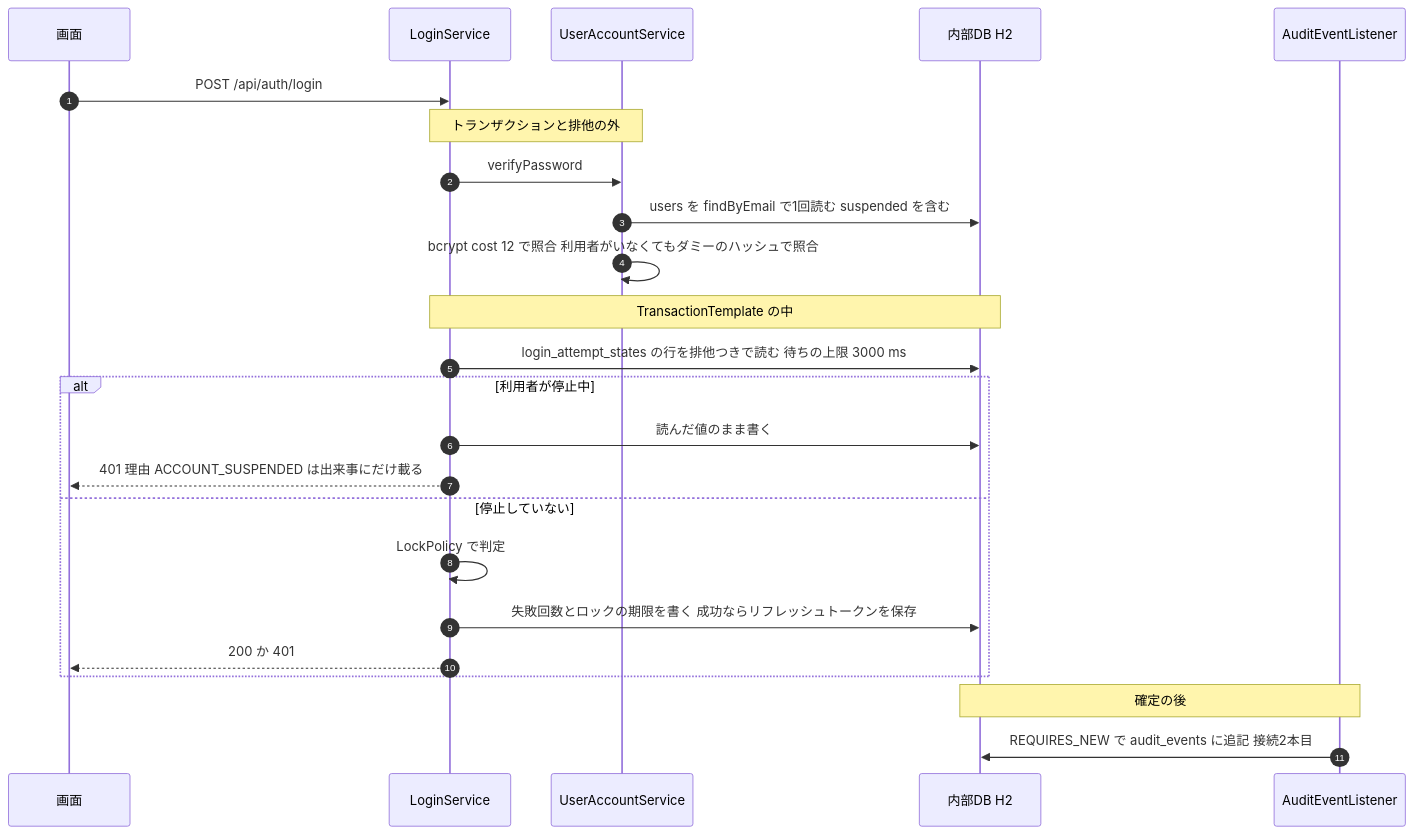
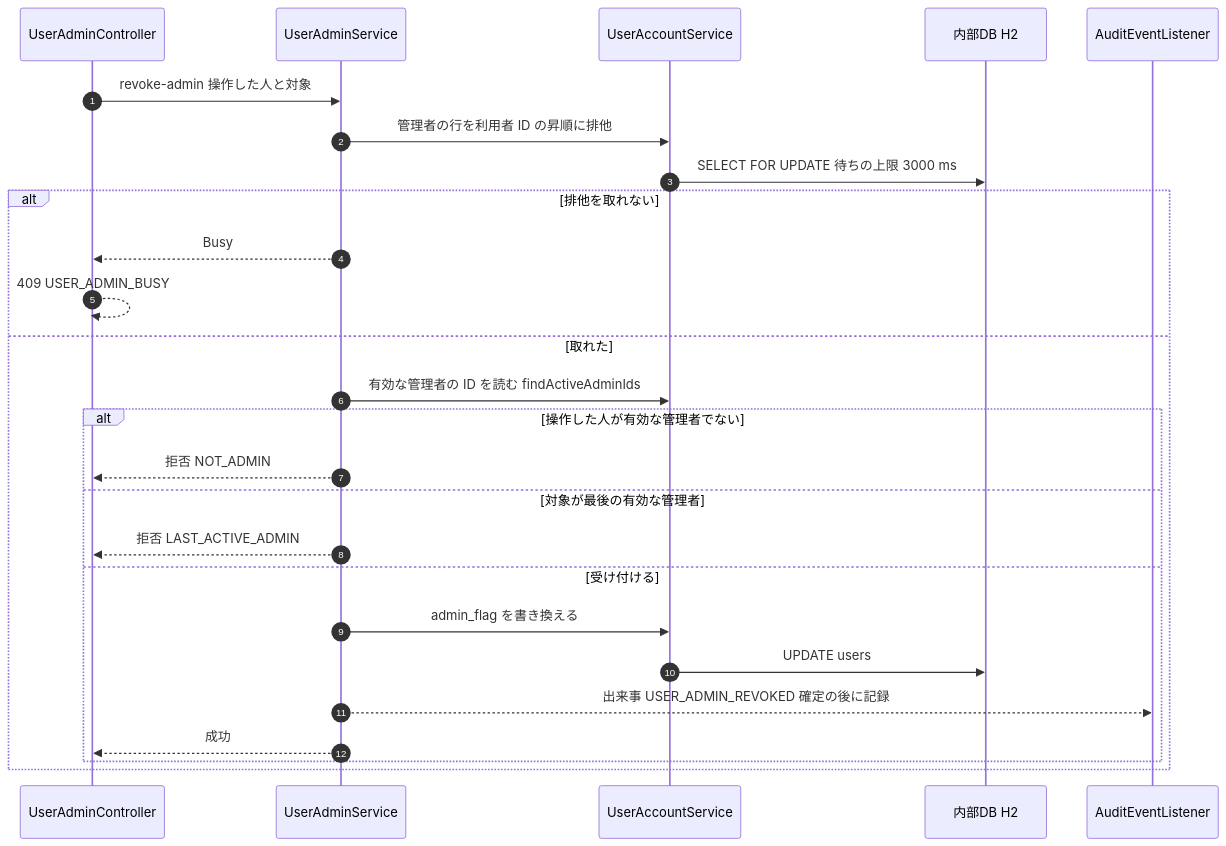
One commit to agwlvssainokuni/mastersmith2 changed the third of 5 diagrams in aidlc/spaces/default/codekb/mastersmith2/architecture.md. Above: the diagram before and after it, drawn with Mermaid. The commit also changed other lines of this file and 16 other files, not shown here.

````diff
--- a/aidlc/spaces/default/codekb/mastersmith2/architecture.md
+++ b/aidlc/spaces/default/codekb/mastersmith2/architecture.md
@@ -165,27 +184,29 @@
 ```mermaid
 sequenceDiagram
   autonumber
-  participant P as 画面
-  participant LS as LoginService
+  participant CTL as UserAdminController
+  participant SVC as UserAdminService
   participant UAS as UserAccountService
   participant DB as 内部DB H2
   participant AL as AuditEventListener
 
-  P->>LS: POST /api/auth/login
-  Note over LS,UAS: トランザクションと排他の外
-  LS->>UAS: verifyPassword
-  UAS->>DB: users を findByEmail で1回読む suspended を含む
-  UAS->>UAS: bcrypt cost 12 で照合 利用者がいなくてもダミーのハッシュで照合
-  Note over LS,DB: TransactionTemplate の中
-  LS->>DB: login_attempt_states の行を排他つきで読む 待ちの上限 3000 ms
-  alt 利用者が停止中
-    LS->>DB: 読んだ値のまま書く
-    LS-->>P: 401 理由 ACCOUNT_SUSPENDED は出来事にだけ載る
-  else 停止していない
-    LS->>LS: LockPolicy で判定
-    LS->>DB: 失敗回数とロックの期限を書く 成功ならリフレッシュトークンを保存
-    LS-->>P: 200 か 401
+  CTL->>SVC: revoke-admin 操作した人と対象
+  SVC->>UAS: 管理者の行を利用者 ID の昇順に排他
+  UAS->>DB: SELECT FOR UPDATE 待ちの上限 3000 ms
+  alt 排他を取れない
+    SVC-->>CTL: Busy
+    CTL-->>CTL: 409 USER_ADMIN_BUSY
+  else 取れた
+    SVC->>UAS: 有効な管理者の ID を読む findActiveAdminIds
+    alt 操作した人が有効な管理者でない
+      SVC-->>CTL: 拒否 NOT_ADMIN
+    else 対象が最後の有効な管理者
+      SVC-->>CTL: 拒否 LAST_ACTIVE_ADMIN
+    else 受け付ける
+      SVC->>UAS: admin_flag を書き換える
+      UAS->>DB: UPDATE users
+      SVC-->>AL: 出来事 USER_ADMIN_REVOKED 確定の後に記録
+      SVC-->>CTL: 成功
+    end
   end
-  Note over AL,DB: 確定の後
-  AL->>DB: REQUIRES_NEW で audit_events に追記 接続2本目
 ```
````
